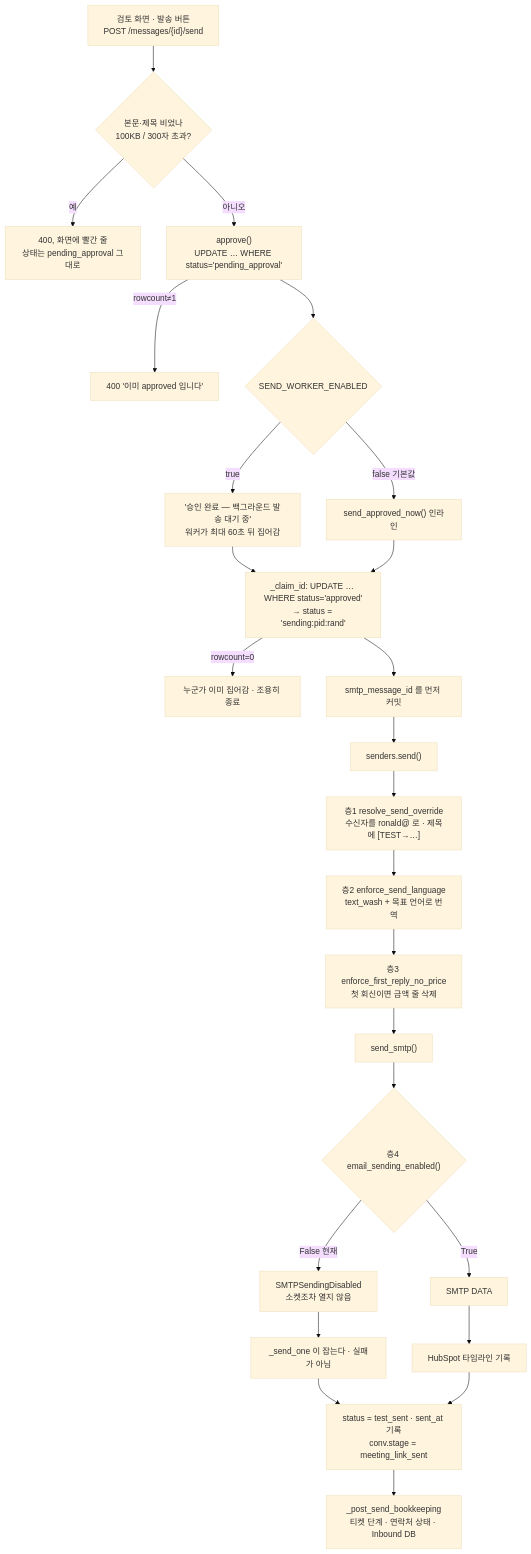
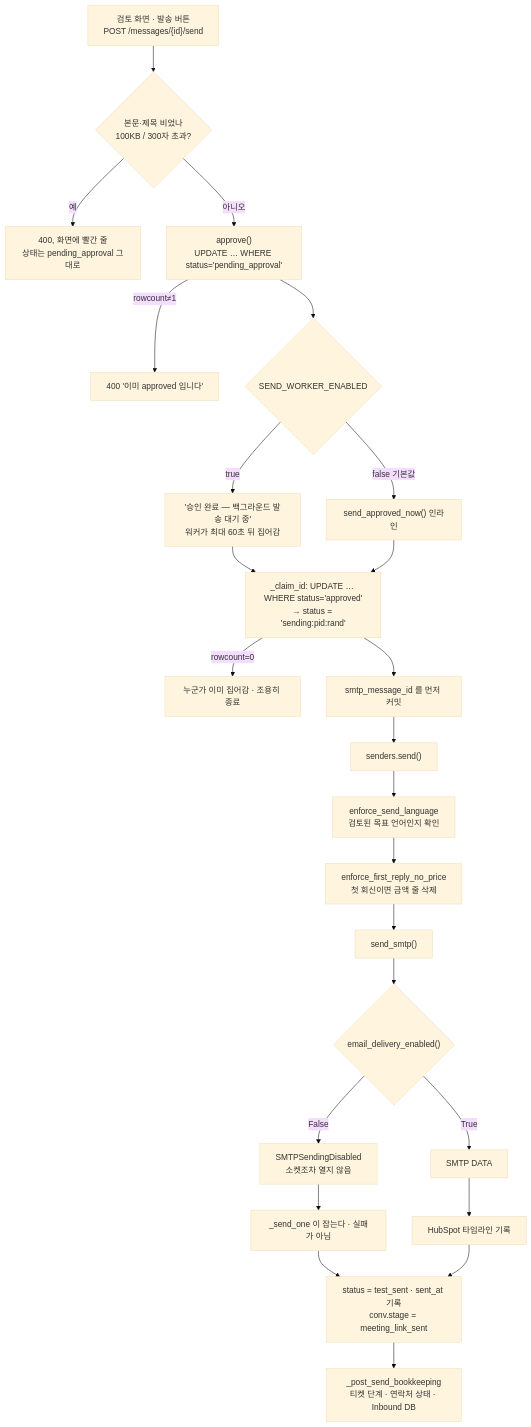
One commit to alpaka206/sales-automation changed the diagram in docs/암묵지/02-검토와-발송.md. Above: the diagram before and after it, drawn with Mermaid (base theme). The commit also changed other lines of this file and 20 other files, not shown here.

````diff
--- a/docs/암묵지/02-검토와-발송.md
+++ b/docs/암묵지/02-검토와-발송.md
@@ -17,27 +16,26 @@
 ```mermaid
 flowchart TD
     A["검토 화면 · 발송 버튼<br/>POST /messages/{id}/send"] --> B{"본문·제목 비었나<br/>100KB / 300자 초과?"}
     B -->|예| B1["400, 화면에 빨간 줄<br/>상태는 pending_approval 그대로"]
     B -->|아니오| C["approve()<br/>UPDATE … WHERE status='pending_approval'"]
     C -->|rowcount≠1| C1["400 '이미 approved 입니다'"]
     C --> D{"SEND_WORKER_ENABLED"}
     D -->|true| E["'승인 완료 — 백그라운드 발송 대기 중'<br/>워커가 최대 60초 뒤 집어감"]
     D -->|false 기본값| F["send_approved_now() 인라인"]
     E --> G
     F --> G["_claim_id: UPDATE … WHERE status='approved'<br/>→ status = 'sending:pid:rand'"]
     G -->|rowcount=0| G1["누군가 이미 집어감 · 조용히 종료"]
     G --> H["smtp_message_id 를 먼저 커밋"]
     H --> I["senders.send()"]
-    I --> J["층1 resolve_send_override<br/>수신자를 ronald@ 로 · 제목에 [TEST→…]"]
-    J --> K["층2 enforce_send_language<br/>text_wash + 목표 언어로 번역"]
-    K --> L["층3 enforce_first_reply_no_price<br/>첫 회신이면 금액 줄 삭제"]
+    I --> K["enforce_send_language<br/>검토된 목표 언어인지 확인"]
+    K --> L["enforce_first_reply_no_price<br/>첫 회신이면 금액 줄 삭제"]
     L --> M["send_smtp()"]
-    M --> N{"층4 email_sending_enabled()"}
-    N -->|False 현재| O["SMTPSendingDisabled<br/>소켓조차 열지 않음"]
+    M --> N{"email_delivery_enabled()"}
+    N -->|False| O["SMTPSendingDisabled<br/>소켓조차 열지 않음"]
     N -->|True| P["SMTP DATA"]
     O --> Q["_send_one 이 잡는다 · 실패가 아님"]
     P --> R["HubSpot 타임라인 기록"]
     Q --> S["status = test_sent · sent_at 기록<br/>conv.stage = meeting_link_sent"]
     R --> S
     S --> T["_post_send_bookkeeping<br/>티켓 단계 · 연락처 상태 · Inbound DB"]
 ```
````
